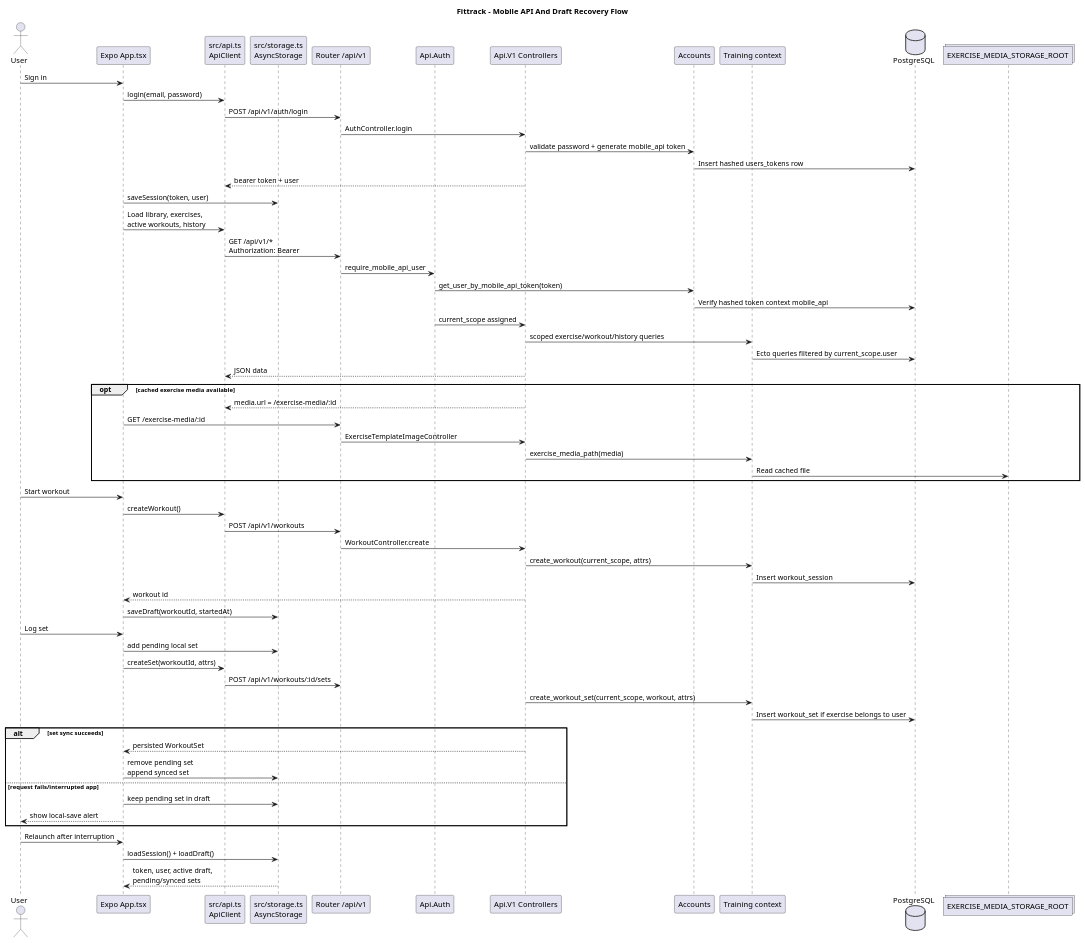
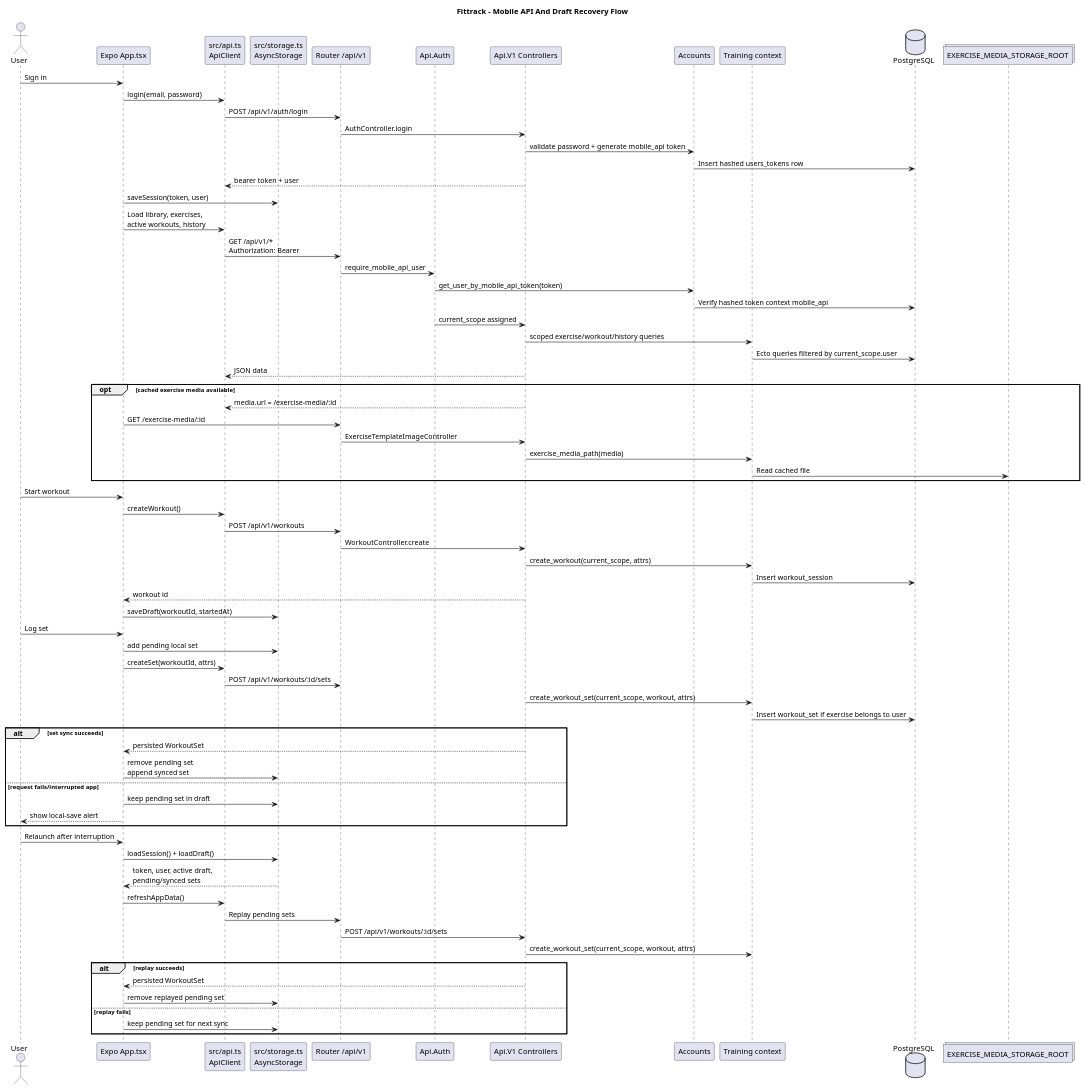
Before and after one commit to Ryner88/fittrack: the fifth of 11 diagrams in docs/diagrams/ARCHITECTURE.puml, drawn with PlantUML. The commit also changed 7 other files, not shown here.

Commit message:
Fix mobile API search and pending set replay

```diff
--- a/docs/diagrams/ARCHITECTURE.puml
+++ b/docs/diagrams/ARCHITECTURE.puml
@@ -534,72 +534,83 @@
 @startuml Fittrack_Mobile_API_Flow
 title Fittrack - Mobile API And Draft Recovery Flow
 
 skinparam shadowing false
 
 actor User
 participant "Expo App.tsx" as App
 participant "src/api.ts\nApiClient" as ApiClient
 participant "src/storage.ts\nAsyncStorage" as Storage
 participant "Router /api/v1" as Router
 participant "Api.Auth" as ApiAuth
 participant "Api.V1 Controllers" as Controllers
 participant "Accounts" as Accounts
 participant "Training context" as Training
 database "PostgreSQL" as DB
 collections "EXERCISE_MEDIA_STORAGE_ROOT" as MediaStorage
 
 User -> App : Sign in
 App -> ApiClient : login(email, password)
 ApiClient -> Router : POST /api/v1/auth/login
 Router -> Controllers : AuthController.login
 Controllers -> Accounts : validate password + generate mobile_api token
 Accounts -> DB : Insert hashed users_tokens row
 Controllers --> ApiClient : bearer token + user
 App -> Storage : saveSession(token, user)
 
 App -> ApiClient : Load library, exercises,\nactive workouts, history
 ApiClient -> Router : GET /api/v1/*\nAuthorization: Bearer
 Router -> ApiAuth : require_mobile_api_user
 ApiAuth -> Accounts : get_user_by_mobile_api_token(token)
 Accounts -> DB : Verify hashed token context mobile_api
 ApiAuth -> Controllers : current_scope assigned
 Controllers -> Training : scoped exercise/workout/history queries
 Training -> DB : Ecto queries filtered by current_scope.user
 Controllers --> ApiClient : JSON data
 
 opt cached exercise media available
   Controllers --> ApiClient : media.url = /exercise-media/:id
   App -> Router : GET /exercise-media/:id
   Router -> Controllers : ExerciseTemplateImageController
   Controllers -> Training : exercise_media_path(media)
   Training -> MediaStorage : Read cached file
 end
 
 User -> App : Start workout
 App -> ApiClient : createWorkout()
 ApiClient -> Router : POST /api/v1/workouts
 Router -> Controllers : WorkoutController.create
 Controllers -> Training : create_workout(current_scope, attrs)
 Training -> DB : Insert workout_session
 Controllers --> App : workout id
 App -> Storage : saveDraft(workoutId, startedAt)
 
 User -> App : Log set
 App -> Storage : add pending local set
 App -> ApiClient : createSet(workoutId, attrs)
 ApiClient -> Router : POST /api/v1/workouts/:id/sets
 Controllers -> Training : create_workout_set(current_scope, workout, attrs)
 Training -> DB : Insert workout_set if exercise belongs to user
 
 alt set sync succeeds
   Controllers --> App : persisted WorkoutSet
   App -> Storage : remove pending set\nappend synced set
 else request fails/interrupted app
   App -> Storage : keep pending set in draft
   App --> User : show local-save alert
 end
 
 User -> App : Relaunch after interruption
 App -> Storage : loadSession() + loadDraft()
 Storage --> App : token, user, active draft,\npending/synced sets
+App -> ApiClient : refreshAppData()
+ApiClient -> Router : Replay pending sets
+Router -> Controllers : POST /api/v1/workouts/:id/sets
+Controllers -> Training : create_workout_set(current_scope, workout, attrs)
+
+alt replay succeeds
+  Controllers --> App : persisted WorkoutSet
+  App -> Storage : remove replayed pending set
+else replay fails
+  App -> Storage : keep pending set for next sync
+end
 @enduml
```
